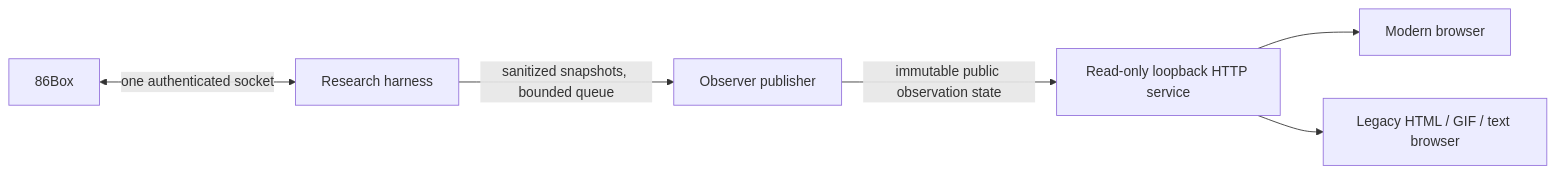
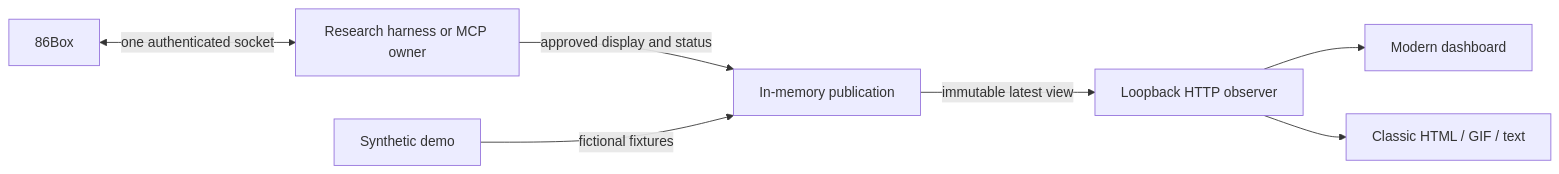
The diagram in docs/research/86box-observer-design.md (smartyhall/deskmate-formats), drawn with Mermaid before and after one commit. The commit also changed other lines of this file and 28 other files, not shown here.

Commit message:
Add read-only 86Box browser observatory

````diff
--- a/docs/research/86box-observer-design.md
+++ b/docs/research/86box-observer-design.md
@@ -7,8 +7,9 @@
-```mermaid
+~~~mermaid
 flowchart LR
-    E[86Box] <-->|one authenticated socket| H[Research harness]
-    H -->|sanitized snapshots, bounded queue| P[Observer publisher]
-    P -->|immutable public observation state| W[Read-only loopback HTTP service]
-    W --> M[Modern browser]
-    W --> L[Legacy HTML / GIF / text browser]
-```
+    E[86Box] <-->|one authenticated socket| H[Research harness or MCP owner]
+    H -->|approved display and status| P[In-memory publication]
+    D[Synthetic demo] -->|fictional fixtures| P
+    P -->|immutable latest view| W[Loopback HTTP observer]
+    W --> M[Modern dashboard]
+    W --> L[Classic HTML / GIF / text]
+~~~
````
